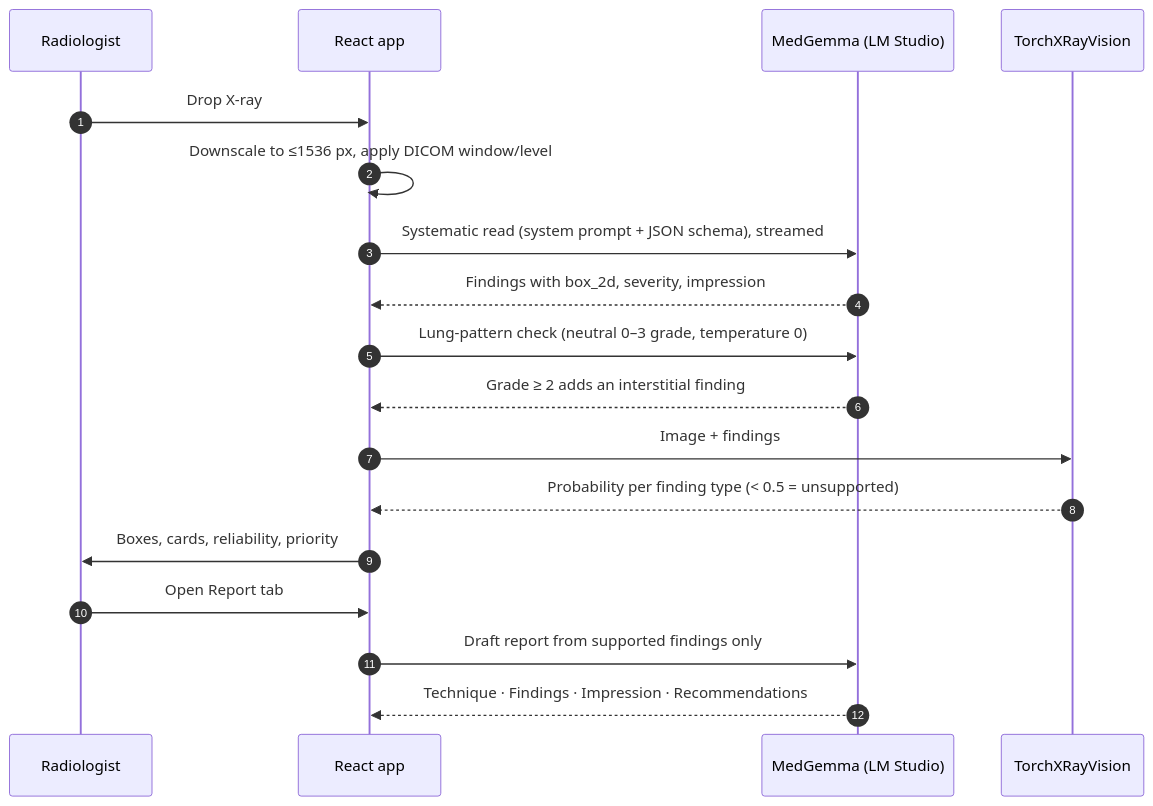
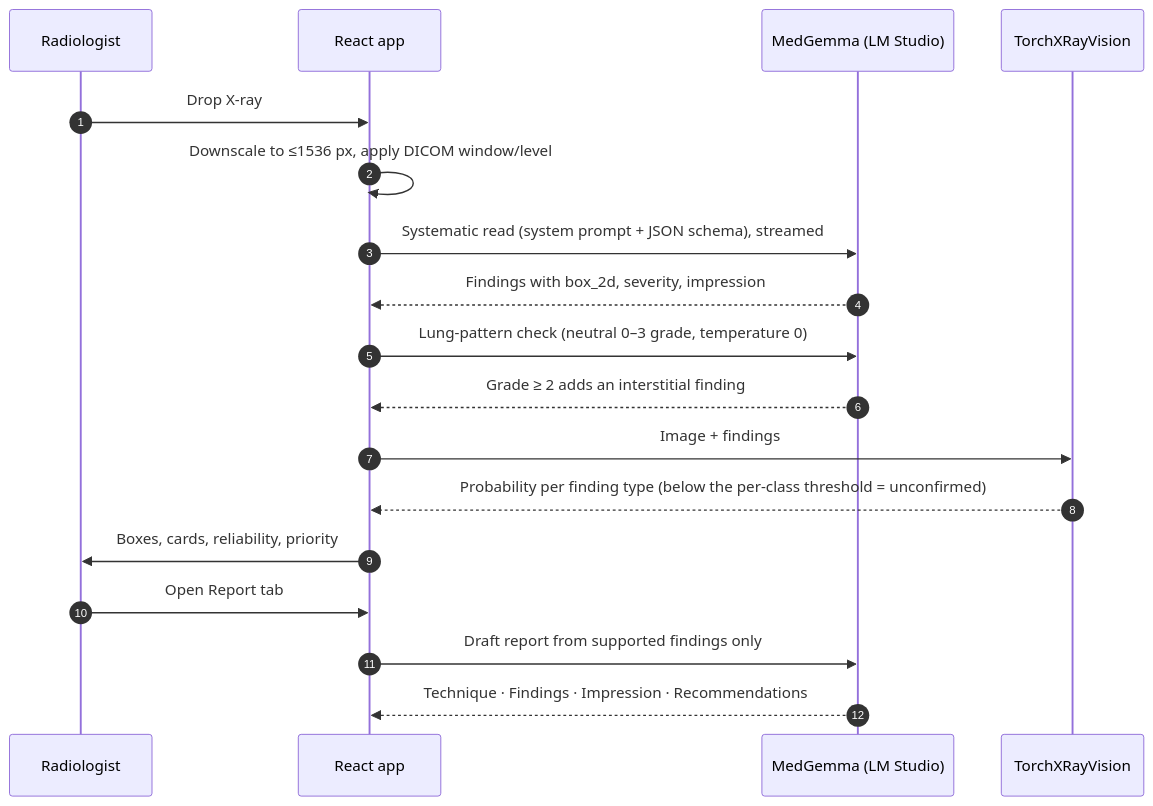
One commit to Hitheshkaranth/VoxelRadAI_Terminal changed the second of 2 diagrams in README.md. Above: the diagram before and after it, drawn with Mermaid. The commit also changed other lines of this file and 70 other files, not shown here.

````diff
--- a/README.md
+++ b/README.md
@@ -104,20 +104,20 @@
 ```mermaid
 sequenceDiagram
     autonumber
     participant U as Radiologist
     participant A as React app
     participant M as MedGemma (LM Studio)
     participant C as TorchXRayVision
     U->>A: Drop X-ray
     A->>A: Downscale to ≤1536 px, apply DICOM window/level
     A->>M: Systematic read (system prompt + JSON schema), streamed
     M-->>A: Findings with box_2d, severity, impression
     A->>M: Lung-pattern check (neutral 0–3 grade, temperature 0)
     M-->>A: Grade ≥ 2 adds an interstitial finding
     A->>C: Image + findings
-    C-->>A: Probability per finding type (< 0.5 = unsupported)
+    C-->>A: Probability per finding type (below the per-class threshold = unconfirmed)
     A->>U: Boxes, cards, reliability, priority
     U->>A: Open Report tab
     A->>M: Draft report from supported findings only
     M-->>A: Technique · Findings · Impression · Recommendations
 ```
````
